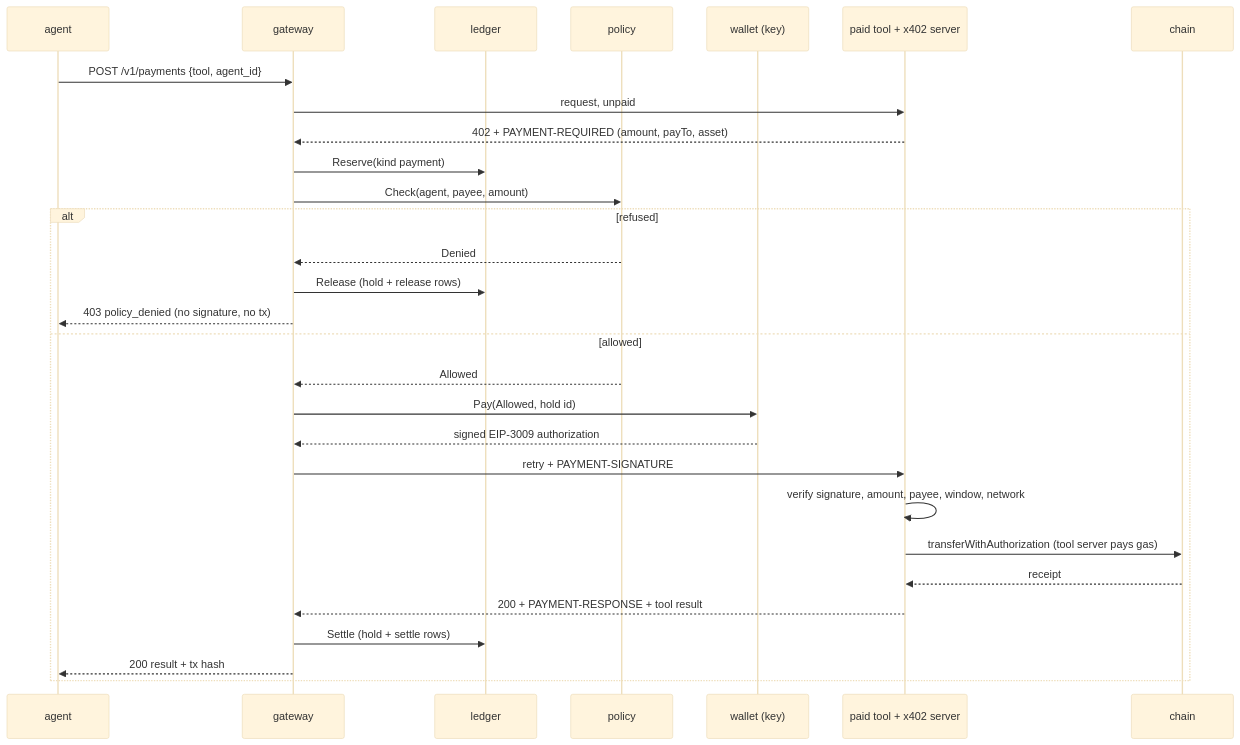
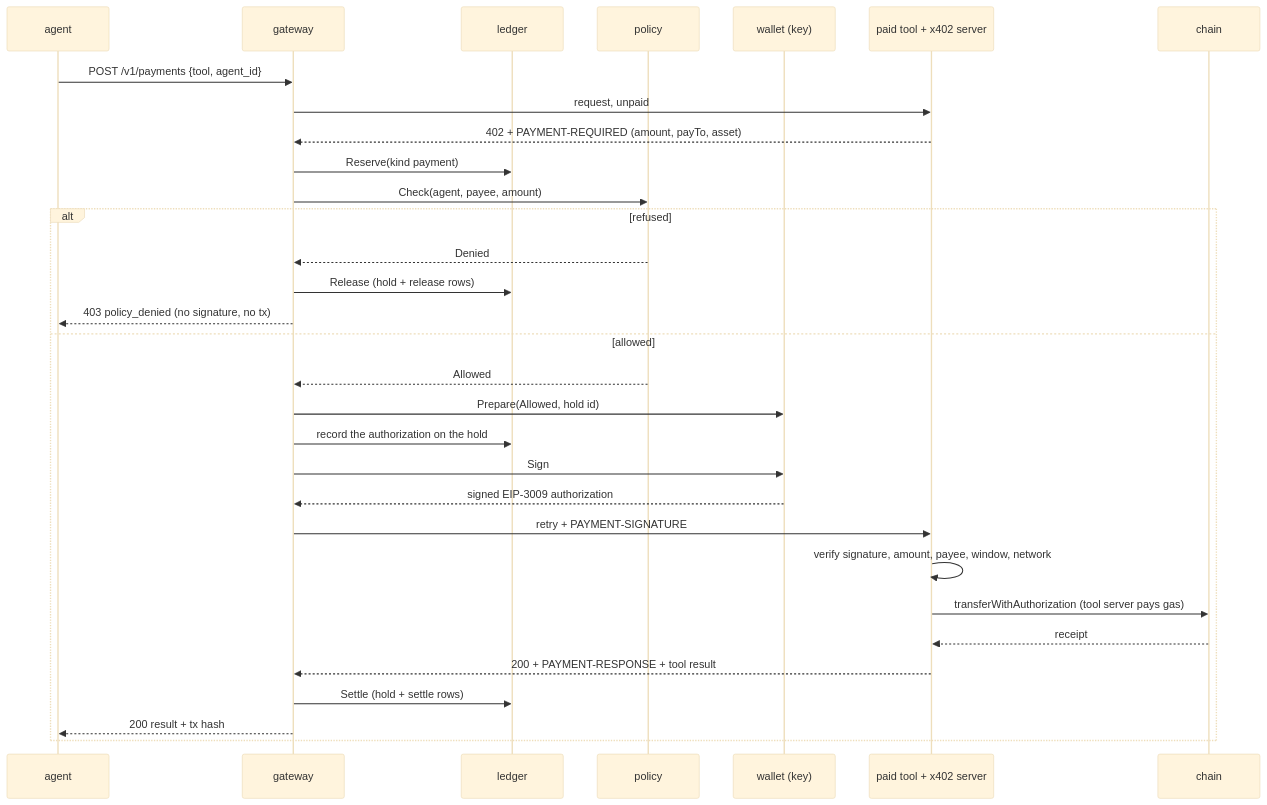
Before and after one commit to ws4charlie/agent-gate: the third of 3 diagrams in README.md, drawn with Mermaid (base theme). The commit also changed other lines of this file and 18 other files, not shown here.

````diff
--- a/README.md
+++ b/README.md
@@ -97,31 +97,33 @@
 ```mermaid
 sequenceDiagram
     participant A as agent
     participant G as gateway
     participant L as ledger
     participant P as policy
     participant W as wallet (key)
     participant T as paid tool + x402 server
     participant C as chain
     A->>G: POST /v1/payments {tool, agent_id}
     G->>T: request, unpaid
     T-->>G: 402 + PAYMENT-REQUIRED (amount, payTo, asset)
     G->>L: Reserve(kind payment)
     G->>P: Check(agent, payee, amount)
     alt refused
         P-->>G: Denied
         G->>L: Release (hold + release rows)
         G-->>A: 403 policy_denied (no signature, no tx)
     else allowed
         P-->>G: Allowed
-        G->>W: Pay(Allowed, hold id)
+        G->>W: Prepare(Allowed, hold id)
+        G->>L: record the authorization on the hold
+        G->>W: Sign
         W-->>G: signed EIP-3009 authorization
         G->>T: retry + PAYMENT-SIGNATURE
         T->>T: verify signature, amount, payee, window, network
         T->>C: transferWithAuthorization (tool server pays gas)
         C-->>T: receipt
         T-->>G: 200 + PAYMENT-RESPONSE + tool result
         G->>L: Settle (hold + settle rows)
         G-->>A: 200 result + tx hash
     end
 ```
````
